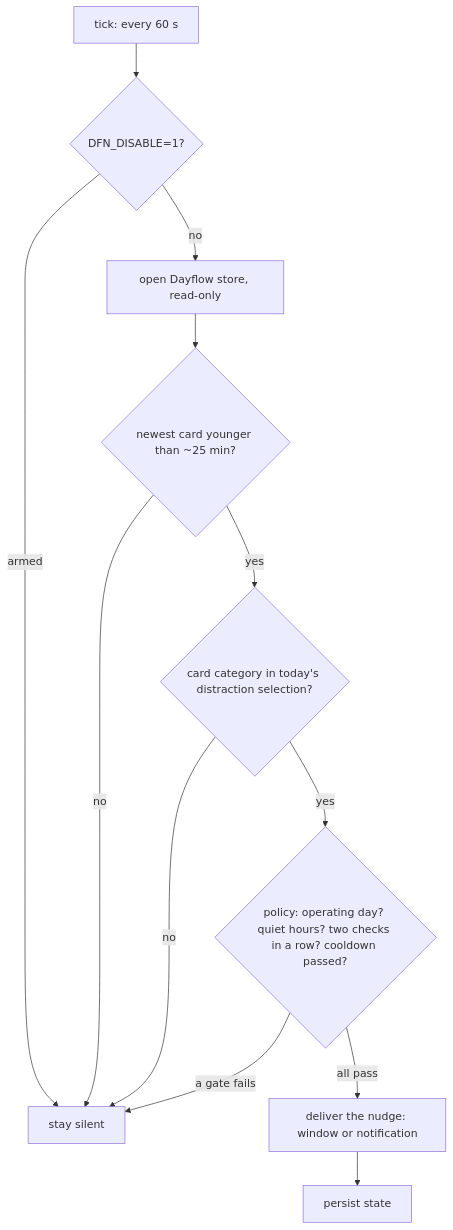
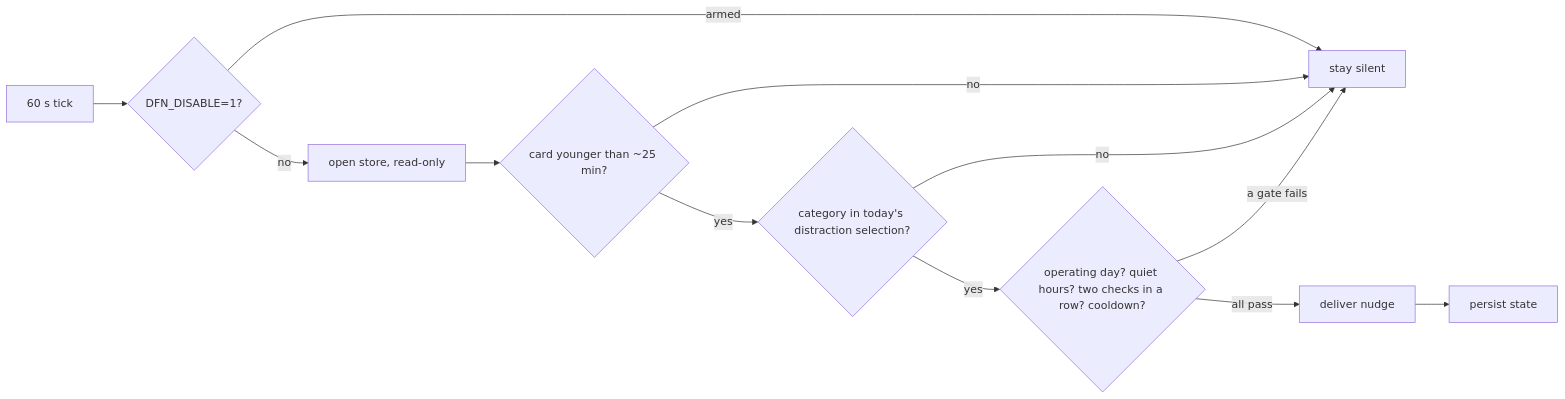
The diagram in README.md (chaosmirage/dayflow-nudge), drawn with Mermaid before and after one commit. The commit also changed other lines of this file, not shown here.

Commit message:
docs(readme): fold the tick diagram into the detail, plan mcp integration

````diff
--- a/README.md
+++ b/README.md
@@ -67,14 +105,14 @@
 ```mermaid
-flowchart TD
-    T["tick: every 60 s"] --> K{"DFN_DISABLE=1?"}
+flowchart LR
+    T["60 s tick"] --> K{"DFN_DISABLE=1?"}
     K -- "armed" --> S["stay silent"]
-    K -- "no" --> R["open Dayflow store, read-only"]
-    R --> F{"newest card younger than ~25 min?"}
+    K -- "no" --> R["open store, read-only"]
+    R --> F{"card younger than ~25 min?"}
     F -- "no" --> S
-    F -- "yes" --> D{"card category in today's distraction selection?"}
+    F -- "yes" --> D{"category in today's distraction selection?"}
     D -- "no" --> S
-    D -- "yes" --> P{"policy: operating day? quiet hours? two checks in a row? cooldown passed?"}
+    D -- "yes" --> P{"operating day? quiet hours? two checks in a row? cooldown?"}
     P -- "a gate fails" --> S
-    P -- "all pass" --> N["deliver the nudge: window or notification"]
+    P -- "all pass" --> N["deliver nudge"]
     N --> ST["persist state"]
 ```
````
